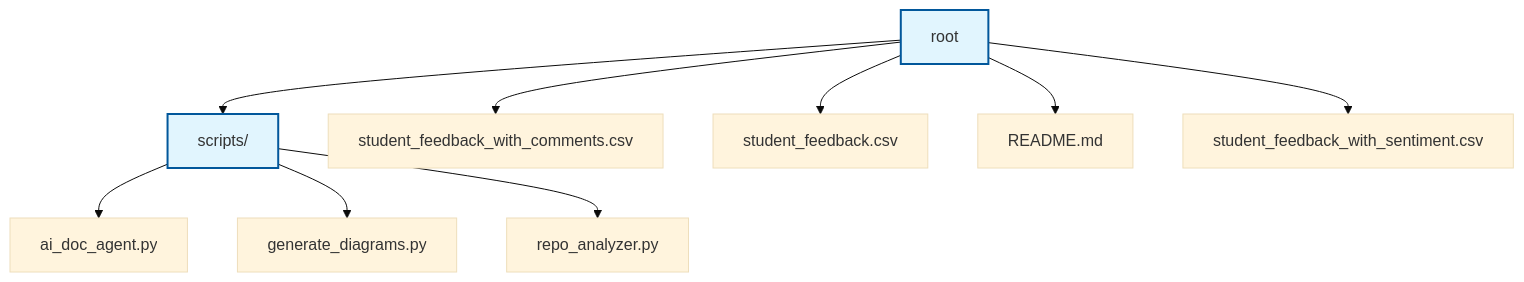
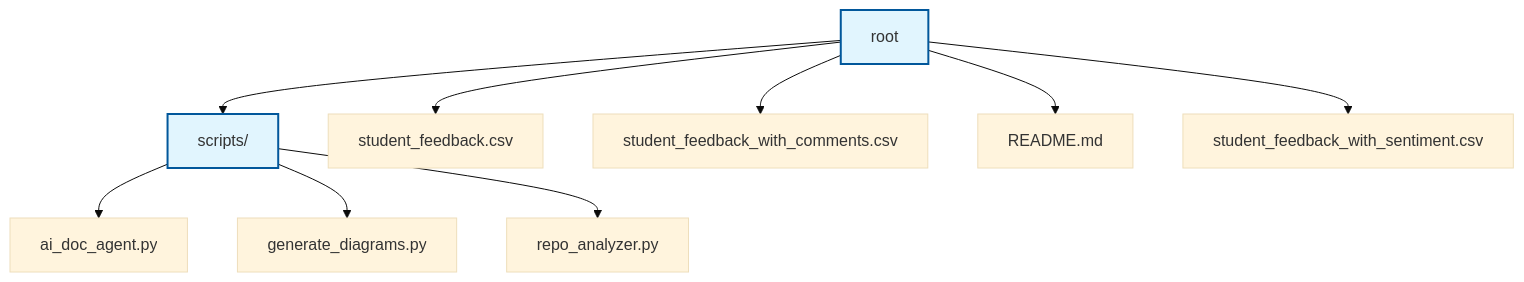
One commit to NITISH-R-G/FUTURE_DS_03 changed the diagram in README.md. Above: the diagram before and after it, drawn with Mermaid (base theme).

Commit message:
docs: auto-update repository documentation and diagrams

````diff
--- a/README.md
+++ b/README.md
@@ -47,29 +47,29 @@
 ```mermaid
 graph TD
     node0["root"]:::folder
     node1["scripts/"]:::folder
     node0 --> node1
-    node2["student_feedback_with_comments.csv"]
+    node2["student_feedback.csv"]
     node0 --> node2
-    node3["student_feedback.csv"]
+    node3["student_feedback_with_comments.csv"]
     node0 --> node3
     node4["README.md"]
     node0 --> node4
     node5["student_feedback_with_sentiment.csv"]
     node0 --> node5
     node6["ai_doc_agent.py"]
     node1 --> node6
     node7["generate_diagrams.py"]
     node1 --> node7
     node8["repo_analyzer.py"]
     node1 --> node8
     classDef folder fill:#e1f5fe,stroke:#01579b,stroke-width:2px;
     click node1 "scripts" "View scripts"
-    click node2 "student_feedback_with_comments.csv" "View student_feedback_with_comments.csv"
-    click node3 "student_feedback.csv" "View student_feedback.csv"
+    click node2 "student_feedback.csv" "View student_feedback.csv"
+    click node3 "student_feedback_with_comments.csv" "View student_feedback_with_comments.csv"
     click node4 "README.md" "View README.md"
     click node5 "student_feedback_with_sentiment.csv" "View student_feedback_with_sentiment.csv"
     click node6 "scripts/ai_doc_agent.py" "View ai_doc_agent.py"
     click node7 "scripts/generate_diagrams.py" "View generate_diagrams.py"
     click node8 "scripts/repo_analyzer.py" "View repo_analyzer.py"
 ```
````
